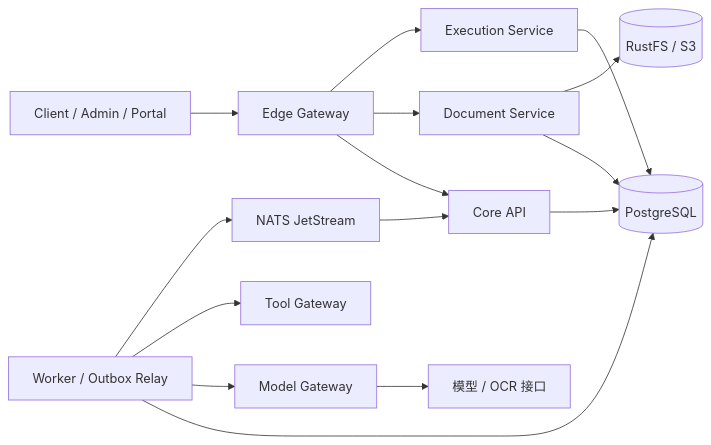
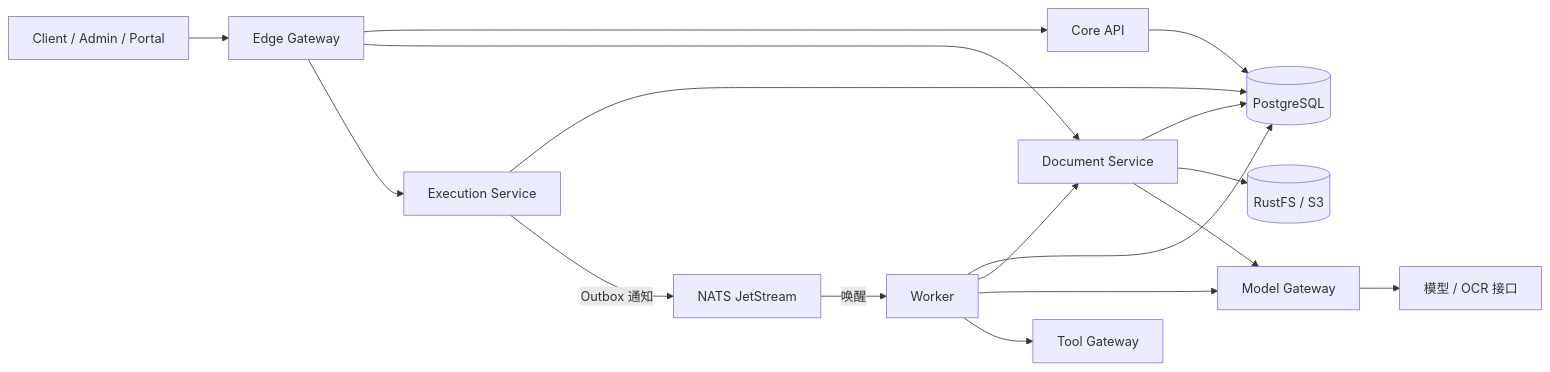
Before and after one commit to Rupert-WLLP-Bai/contract-audit-workbench: the diagram in README.md, drawn with Mermaid. The commit also changed other lines of this file and 317 other files, not shown here.

````diff
--- a/README.md
+++ b/README.md
@@ -21,17 +29,19 @@
 ```mermaid
 flowchart LR
     Web[Client / Admin / Portal] --> Edge[Edge Gateway]
     Edge --> Core[Core API]
     Edge --> Document[Document Service]
     Edge --> Execution[Execution Service]
     Core --> PG[(PostgreSQL)]
     Document --> PG
     Document --> S3[(RustFS / S3)]
     Execution --> PG
-    Worker[Worker / Outbox Relay] --> PG
+    Worker[Worker] --> PG
+    Worker --> Document
     Worker --> Model[Model Gateway]
     Worker --> Tool[Tool Gateway]
+    Document --> Model
     Model --> Provider[模型 / OCR 接口]
-    Worker --> NATS[NATS JetStream]
-    NATS --> Core
+    Execution -->|Outbox 通知| NATS[NATS JetStream]
+    NATS -->|唤醒| Worker
 ```
````
